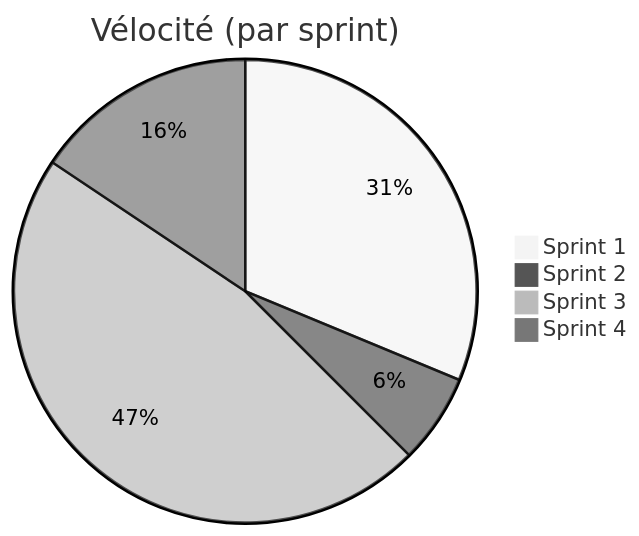
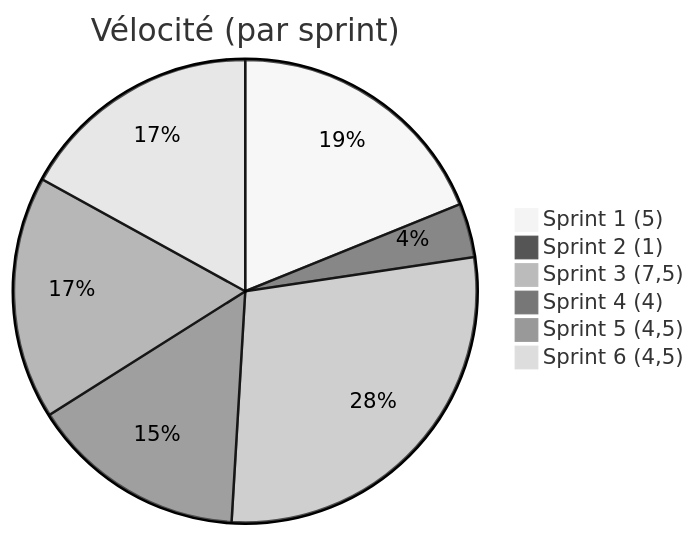
Before and after one commit to Twan0u/Henallux_notes: the first of 3 diagrams in TND/notes/Projet.md, drawn with Mermaid (neutral theme). The commit also changed other lines of this file and 6 other files, not shown here.

````diff
--- a/TND/notes/Projet.md
+++ b/TND/notes/Projet.md
@@ -41,8 +41,11 @@
 ```mermaid
 pie
     title Vélocité (par sprint)
-    "Sprint 1" : 5
-    "Sprint 2" : 1
-    "Sprint 3" : 7.5
-    "Sprint 4" : 2.5
+    "Sprint 1 (5)" : 5
+    "Sprint 2 (1)" : 1
+    "Sprint 3 (7,5)" : 7.5
+    "Sprint 4 (4)" : 4
+    "Sprint 5 (4,5)" : 4.5
+    "Sprint 6 (4,5)" : 4.5
+    
 ```
````
